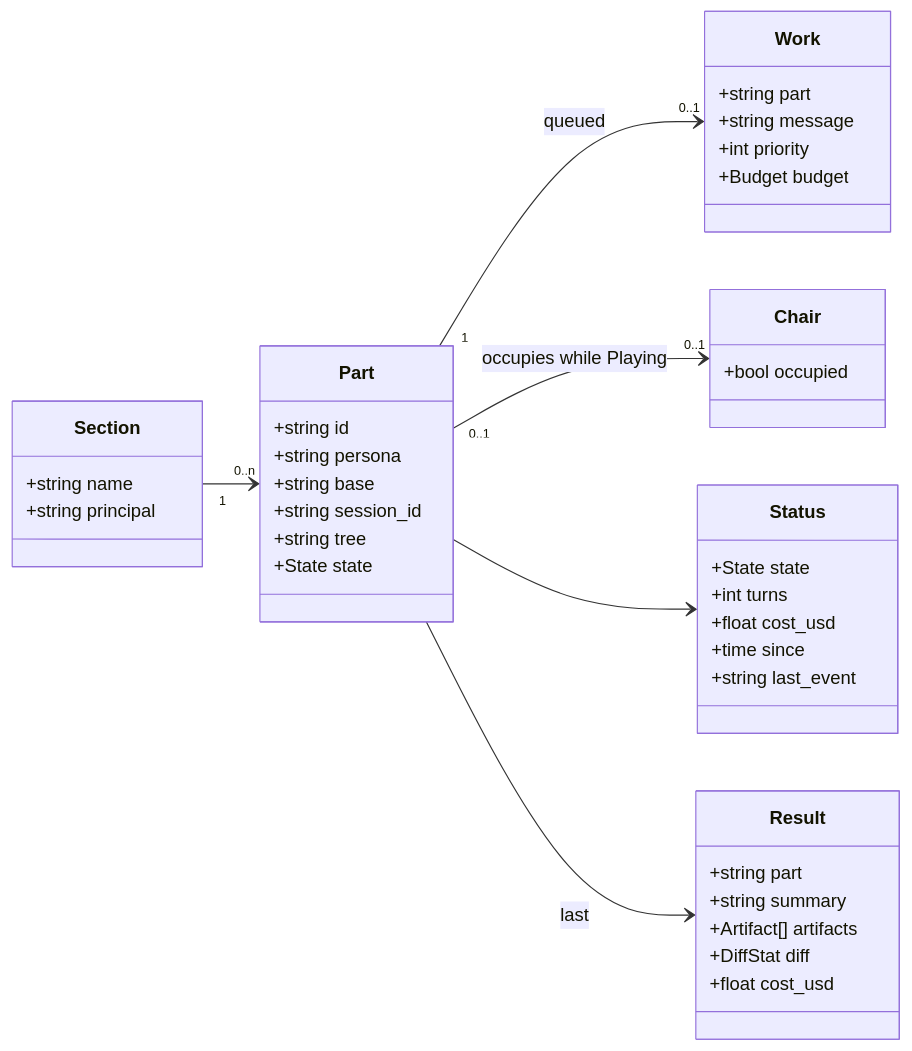
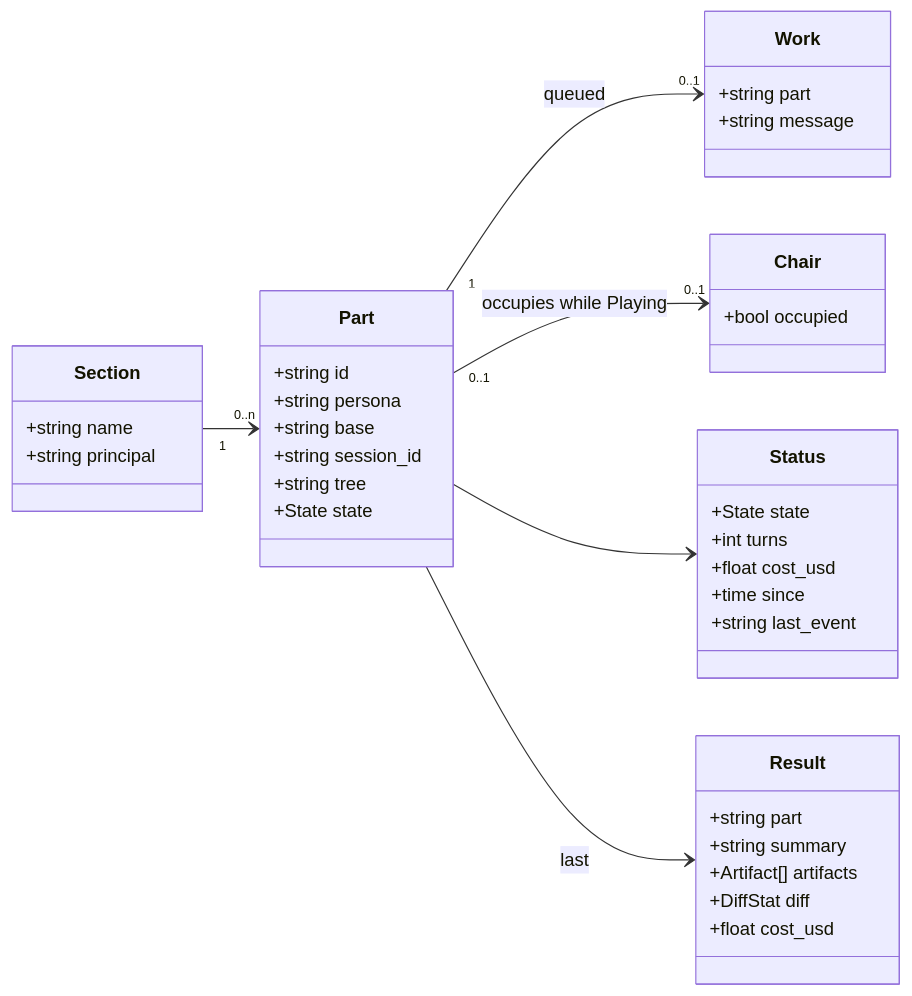
Before and after one commit to noclearreaction/symphony-maestro: the third of 5 diagrams in docs/ensemble/README.md, drawn with Mermaid. The commit also changed other lines of this file, not shown here.

````diff
--- a/docs/ensemble/README.md
+++ b/docs/ensemble/README.md
@@ -543,44 +457,42 @@
 ```mermaid
 classDiagram
   direction LR
   class Part {
     +string id
     +string persona
     +string base
     +string session_id
     +string tree
     +State state
   }
   class Chair {
     +bool occupied
   }
   class Work {
     +string part
     +string message
-    +int priority
-    +Budget budget
   }
   class Status {
     +State state
     +int turns
     +float cost_usd
     +time since
     +string last_event
   }
   class Result {
     +string part
     +string summary
     +Artifact[] artifacts
     +DiffStat diff
     +float cost_usd
   }
   class Section {
     +string name
     +string principal
   }
   Section "1" --> "0..n" Part
   Part "1" --> "0..1" Work : queued
   Part "0..1" --> "0..1" Chair : occupies while Playing
   Part --> Status
   Part --> Result : last
 ```
````
